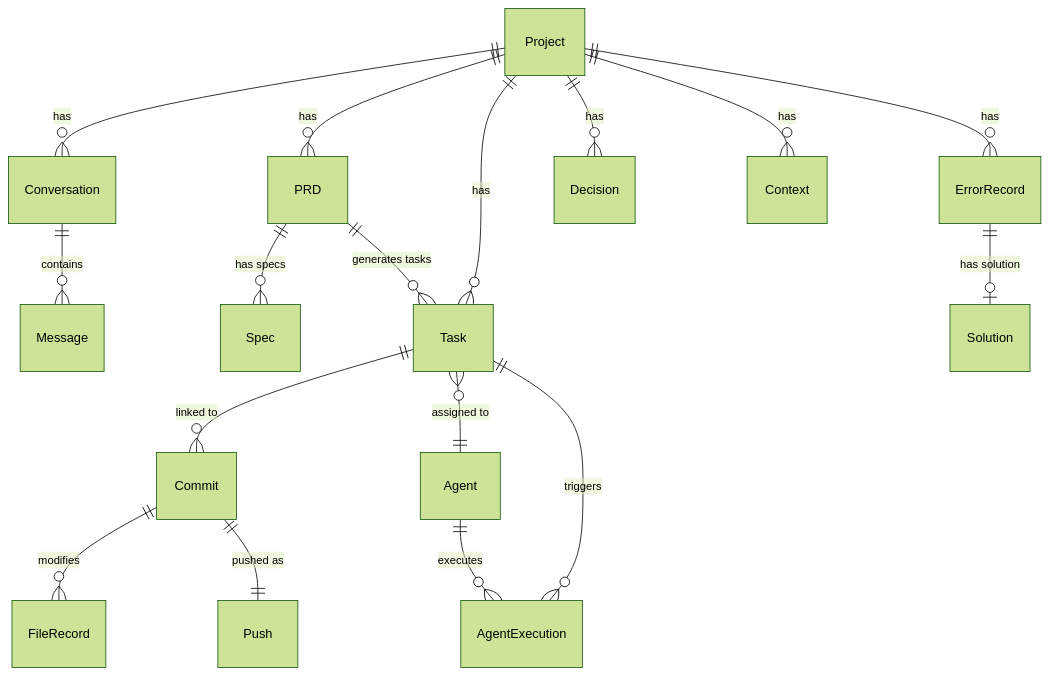
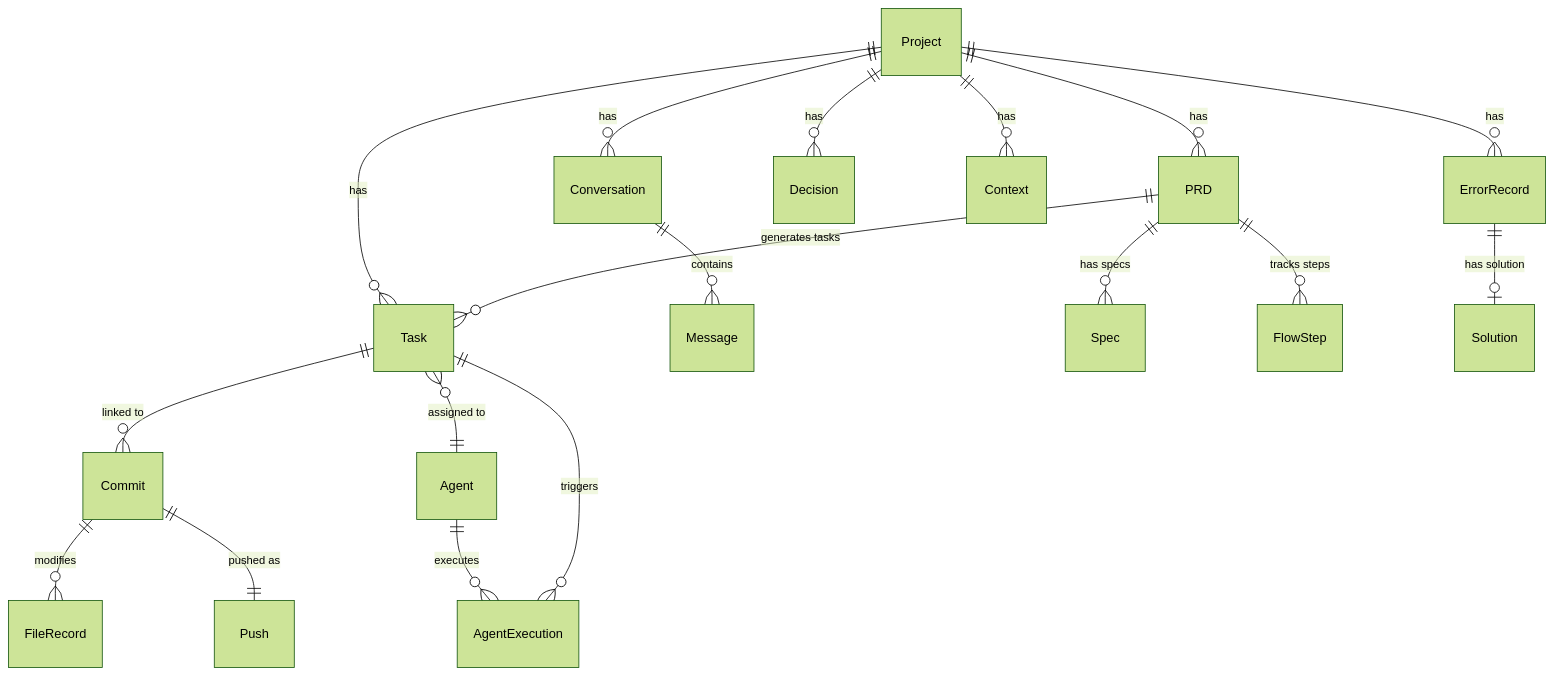
Before and after one commit to devcristianlopez/lemoria: the fourth of 5 diagrams in docs/ARCHITECTURE.md, drawn with Mermaid (forest theme). The commit also changed other lines of this file and 134 other files, not shown here.

First line of the commit message:
feat: refactor agents to generic English, add FlowStep state machine, enums, tests, CI, vault restore, Context7, skills [T-302]

````diff
--- a/docs/ARCHITECTURE.md
+++ b/docs/ARCHITECTURE.md
@@ -66,24 +73,25 @@
 ```mermaid
 erDiagram
   Project ||--o{ Conversation : has
   Project ||--o{ PRD : has
   Project ||--o{ Task : has
   Project ||--o{ Decision : has
   Project ||--o{ Context : has
   Project ||--o{ ErrorRecord : has
 
   Conversation ||--o{ Message : contains
   PRD ||--o{ Spec : "has specs"
   PRD ||--o{ Task : "generates tasks"
+  PRD ||--o{ FlowStep : "tracks steps"
 
   Task ||--o{ Commit : "linked to"
   Task }o--|| Agent : "assigned to"
 
   Commit ||--o{ FileRecord : modifies
   Commit ||--|| Push : "pushed as"
 
   ErrorRecord ||--o| Solution : "has solution"
 
   Agent ||--o{ AgentExecution : executes
   Task ||--o{ AgentExecution : triggers
 ```
````
